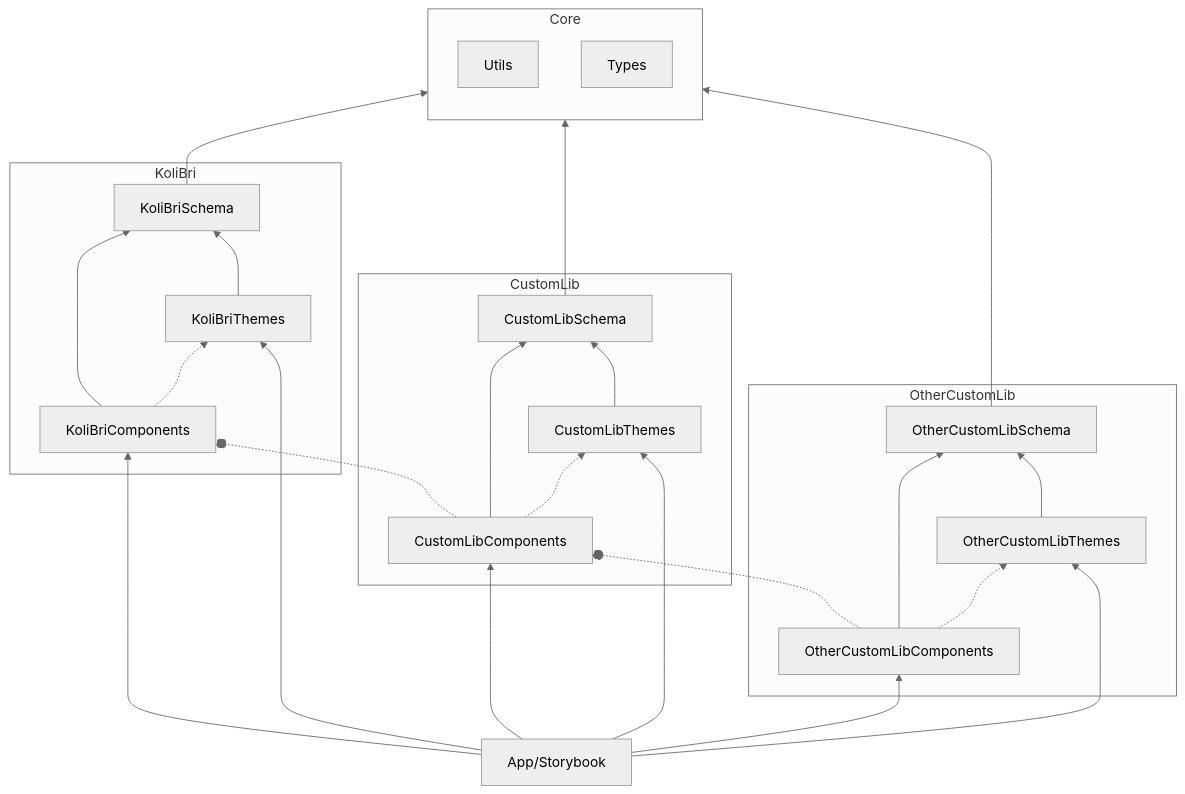
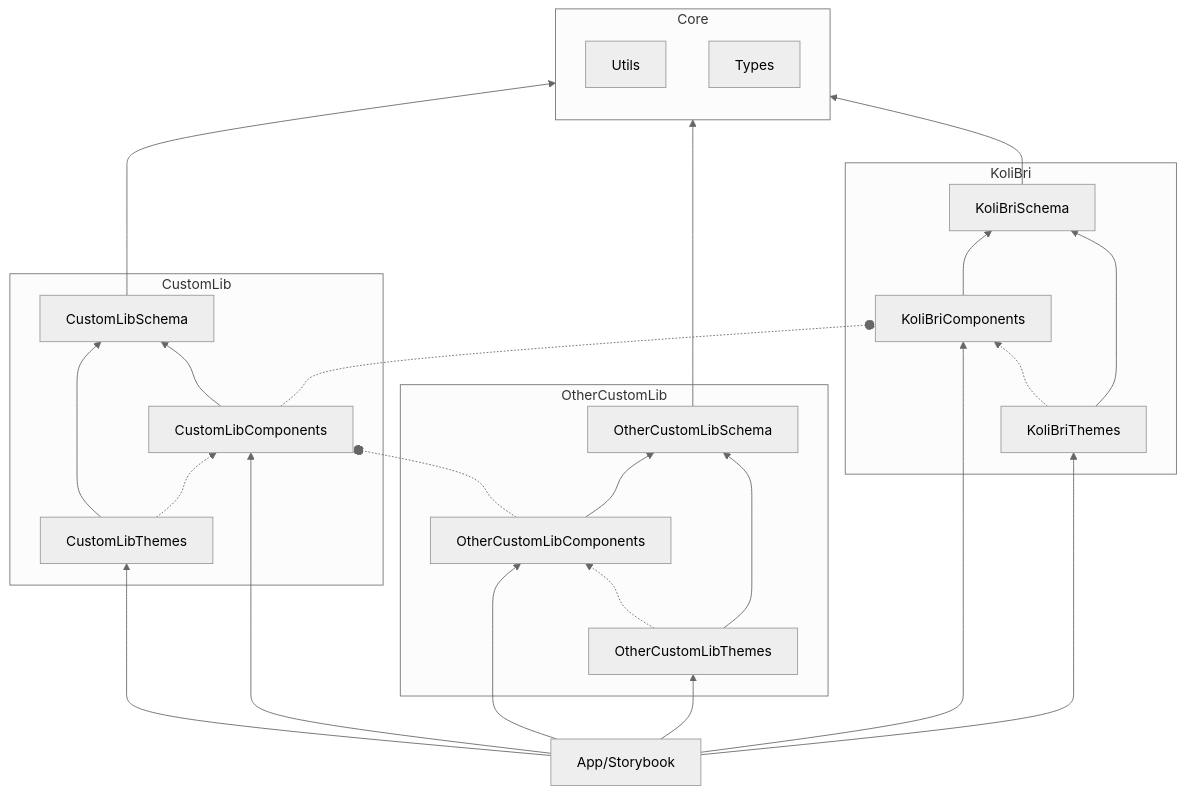
The second of 3 diagrams in dev/docs/20-concepts/01-architecture.md (public-ui/public-ui.github.io), drawn with Mermaid (neutral theme) before and after one commit. The commit also changed other lines of this file and 2 other files, not shown here.

Commit message:
chore: update faq

````diff
--- a/dev/docs/20-concepts/01-architecture.md
+++ b/dev/docs/20-concepts/01-architecture.md
@@ -80,34 +80,33 @@
 ```mermaid
   flowchart BT
+    OtherCustomLibComponents -.-o CustomLibComponents
     subgraph CustomLib
+      CustomLibThemes --> CustomLibSchema
+      CustomLibThemes .-> CustomLibComponents
       CustomLibComponents --> CustomLibSchema
-      CustomLibThemes --> CustomLibSchema
-      CustomLibComponents .-> CustomLibThemes
     end
     subgraph OtherCustomLib
+      OtherCustomLibThemes .-> OtherCustomLibComponents
+      OtherCustomLibThemes --> OtherCustomLibSchema
       OtherCustomLibComponents -->OtherCustomLibSchema
-      OtherCustomLibThemes --> OtherCustomLibSchema
-      OtherCustomLibComponents .-> OtherCustomLibThemes
     end
     subgraph KoliBri
+      KoliBriThemes .-> KoliBriComponents
+      KoliBriThemes --> KoliBriSchema
       KoliBriComponents --> KoliBriSchema
-      KoliBriThemes --> KoliBriSchema
-      KoliBriComponents .-> KoliBriThemes
     end
     subgraph Core
       Utils
       Types
     end
-	OtherCustomLibComponents -.-o CustomLibComponents
-	CustomLibComponents -.-o KoliBriComponents
-
+    CustomLibComponents -.-o KoliBriComponents
     KoliBriSchema --> Core
     CustomLibSchema --> Core
     OtherCustomLibSchema --> Core
+    App/Storybook --> CustomLibThemes
     App/Storybook --> CustomLibComponents
-    App/Storybook --> CustomLibThemes
     App/Storybook --> OtherCustomLibComponents
     App/Storybook --> OtherCustomLibThemes
     App/Storybook --> KoliBriComponents
     App/Storybook --> KoliBriThemes
 ```
````
